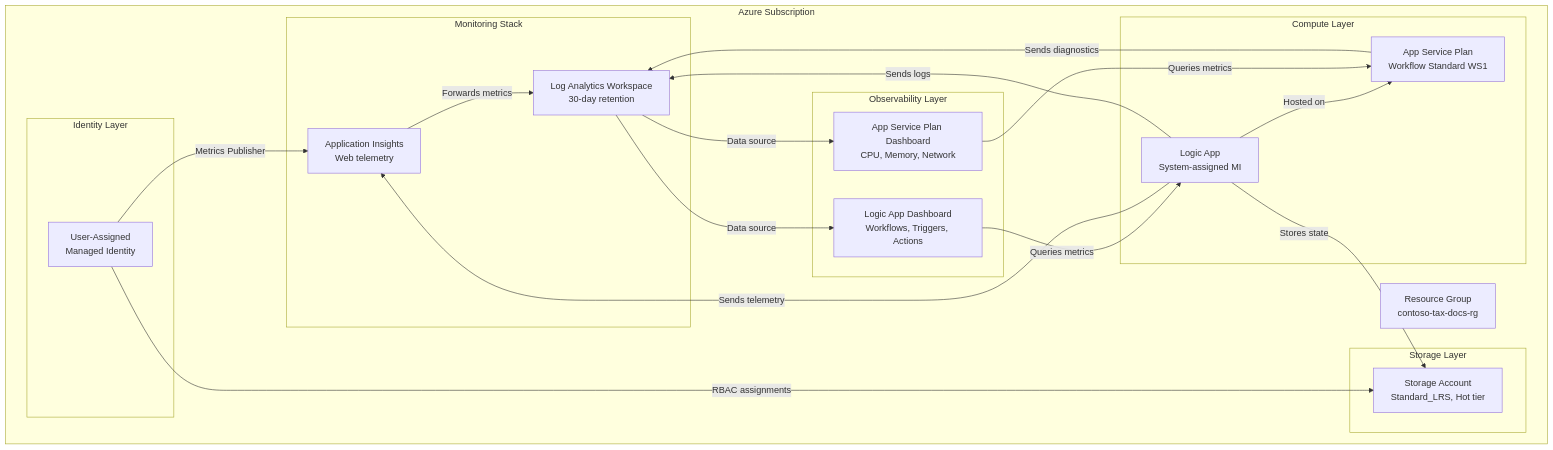
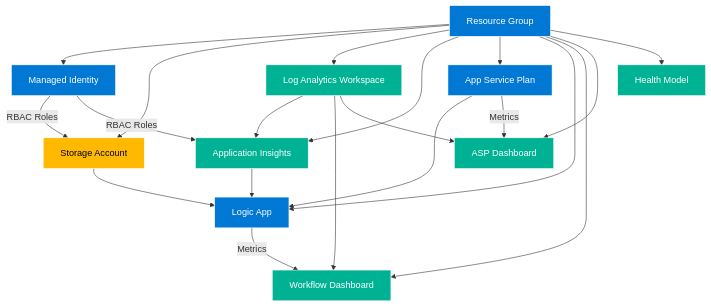
Before and after one commit to Evilazaro/Azure-LogicApps-Monitoring: the first of 2 diagrams in README.md, drawn with Mermaid. The commit also changed other lines of this file and 2 other files, not shown here.

Commit message:
Update Mermaid

````diff
--- a/README.md
+++ b/README.md
@@ -246,42 +271,38 @@
 ```mermaid
-flowchart TB
-    subgraph Azure Subscription
-        RG[Resource Group<br/>contoso-tax-docs-rg]
-        
-        subgraph Monitoring Stack
-            LAW[Log Analytics Workspace<br/>30-day retention]
-            AI[Application Insights<br/>Web telemetry]
-        end
-        
-        subgraph Compute Layer
-            ASP[App Service Plan<br/>Workflow Standard WS1]
-            LA[Logic App<br/>System-assigned MI]
-        end
-        
-        subgraph Storage Layer
-            SA[Storage Account<br/>Standard_LRS, Hot tier]
-        end
-        
-        subgraph Observability Layer
-            D1[App Service Plan Dashboard<br/>CPU, Memory, Network]
-            D2[Logic App Dashboard<br/>Workflows, Triggers, Actions]
-        end
-        
-        subgraph Identity Layer
-            UMI[User-Assigned<br/>Managed Identity]
-        end
-    end
-    
-    LA -->|Hosted on| ASP
-    LA -->|Sends telemetry| AI
-    LA -->|Sends logs| LAW
-    LA -->|Stores state| SA
-    ASP -->|Sends diagnostics| LAW
-    AI -->|Forwards metrics| LAW
-    UMI -->|RBAC assignments| SA
-    UMI -->|Metrics Publisher| AI
-    D1 -->|Queries metrics| ASP
-    D2 -->|Queries metrics| LA
-    LAW -->|Data source| D1
-    LAW -->|Data source| D2
+flowchart TD
+    classDef component fill:#0078D4,stroke:#ffffff,color:#ffffff
+    classDef service fill:#00B294,stroke:#ffffff,color:#ffffff
+    classDef dataStore fill:#FFB900,stroke:#ffffff,color:#000000
+
+    RG[Resource Group]:::component
+    MI[Managed Identity]:::component
+    SA[Storage Account]:::dataStore
+    LAW[Log Analytics Workspace]:::service
+    AI[Application Insights]:::service
+    ASP[App Service Plan]:::component
+    LA[Logic App]:::component
+    DASH1[Workflow Dashboard]:::service
+    DASH2[ASP Dashboard]:::service
+    HM[Health Model]:::service
+
+    RG --> MI
+    RG --> SA
+    RG --> LAW
+    RG --> AI
+    RG --> ASP
+    RG --> LA
+    RG --> DASH1
+    RG --> DASH2
+    RG --> HM
+
+    MI -->|RBAC Roles| SA
+    MI -->|RBAC Roles| AI
+    LAW --> AI
+    AI --> LA
+    ASP --> LA
+    SA --> LA
+    LAW --> DASH1
+    LAW --> DASH2
+    LA -->|Metrics| DASH1
+    ASP -->|Metrics| DASH2
 ```
````
